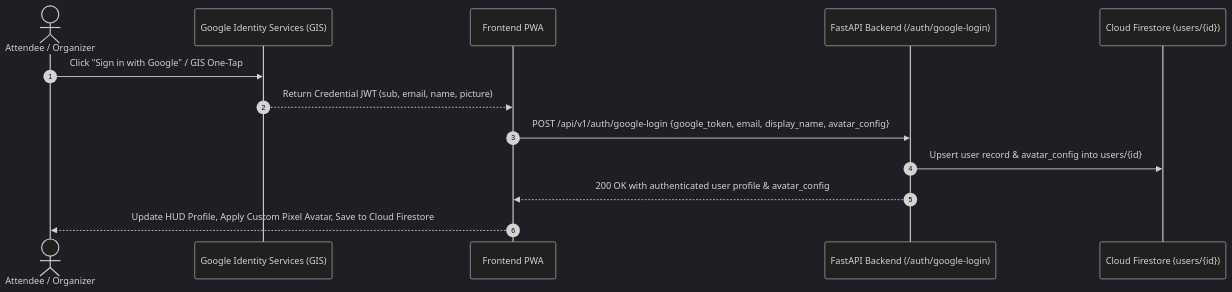
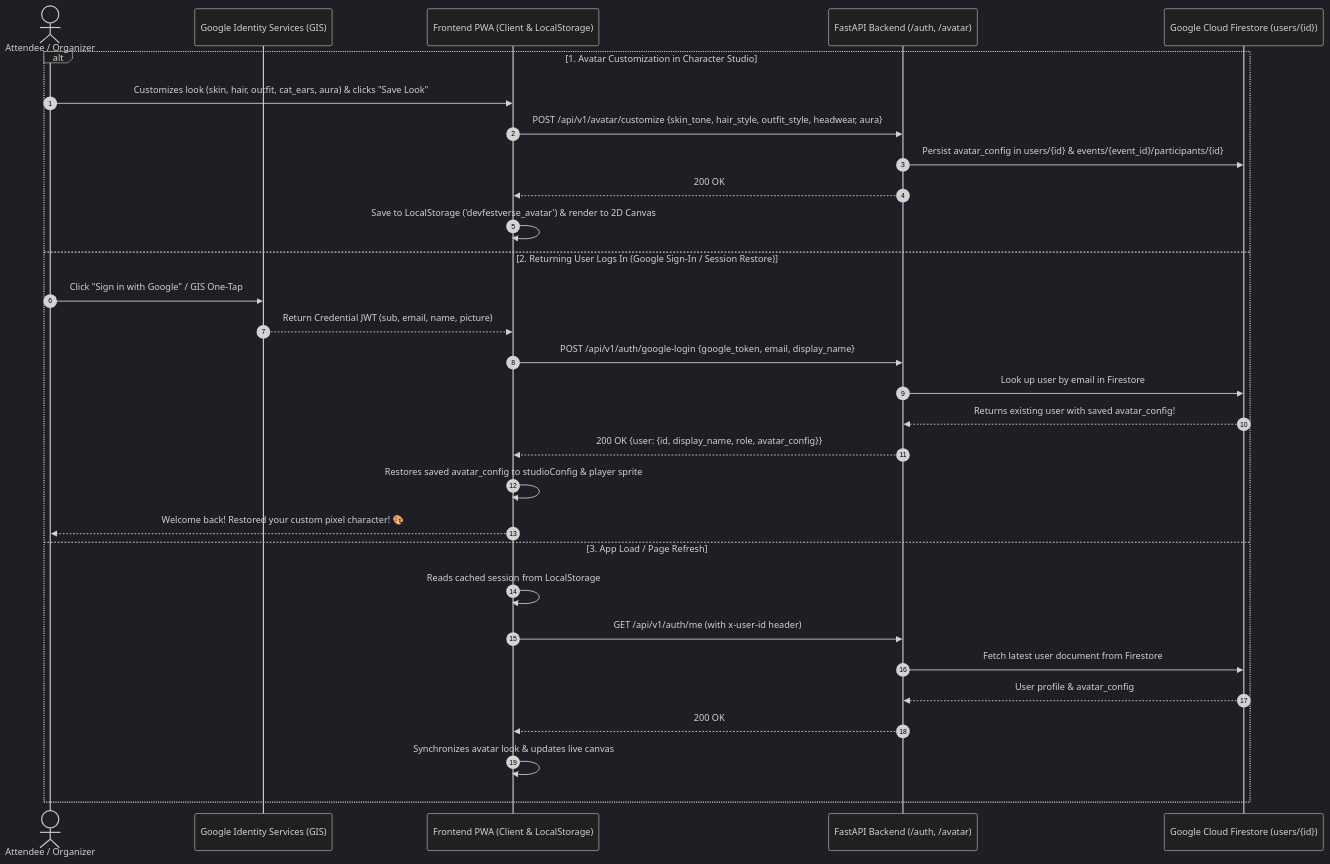
The ninth of 22 diagrams in architecture.md (fonylew/devfestverse), drawn with Mermaid (dark theme) before and after one commit. The commit also changed other lines of this file and 39 other files, not shown here.

Commit message:
feat: integrate Firestore for session

````diff
--- a/architecture.md
+++ b/architecture.md
@@ -312,16 +376,33 @@
 ```mermaid
 sequenceDiagram
     autonumber
     actor User as Attendee / Organizer
     participant GIS as Google Identity Services (GIS)
-    participant Client as Frontend PWA
-    participant API as FastAPI Backend (/auth/google-login)
-    participant FS as Cloud Firestore (users/{id})
+    participant Client as Frontend PWA (Client & LocalStorage)
+    participant API as FastAPI Backend (/auth, /avatar)
+    participant FS as Google Cloud Firestore (users/{id})
 
-    User->>GIS: Click "Sign in with Google" / GIS One-Tap
-    GIS-->>Client: Return Credential JWT (sub, email, name, picture)
-    Client->>API: POST /api/v1/auth/google-login {google_token, email, display_name, avatar_config}
-    API->>FS: Upsert user record & avatar_config into users/{id}
-    API-->>Client: 200 OK with authenticated user profile & avatar_config
-    Client-->>User: Update HUD Profile, Apply Custom Pixel Avatar, Save to Cloud Firestore
+    alt 1. Avatar Customization in Character Studio
+        User->>Client: Customizes look (skin, hair, outfit, cat_ears, aura) & clicks "Save Look"
+        Client->>API: POST /api/v1/avatar/customize {skin_tone, hair_style, outfit_style, headwear, aura}
+        API->>FS: Persist avatar_config in users/{id} & events/{event_id}/participants/{id}
+        API-->>Client: 200 OK
+        Client->>Client: Save to LocalStorage ('devfestverse_avatar') & render to 2D Canvas
+    else 2. Returning User Logs In (Google Sign-In / Session Restore)
+        User->>GIS: Click "Sign in with Google" / GIS One-Tap
+        GIS-->>Client: Return Credential JWT (sub, email, name, picture)
+        Client->>API: POST /api/v1/auth/google-login {google_token, email, display_name}
+        API->>FS: Look up user by email in Firestore
+        FS-->>API: Returns existing user with saved avatar_config!
+        API-->>Client: 200 OK {user: {id, display_name, role, avatar_config}}
+        Client->>Client: Restores saved avatar_config to studioConfig & player sprite
+        Client-->>User: Welcome back! Restored your custom pixel character! 🎨
+    else 3. App Load / Page Refresh
+        Client->>Client: Reads cached session from LocalStorage
+        Client->>API: GET /api/v1/auth/me (with x-user-id header)
+        API->>FS: Fetch latest user document from Firestore
+        FS-->>API: User profile & avatar_config
+        API-->>Client: 200 OK
+        Client->>Client: Synchronizes avatar look & updates live canvas
+    end
 ```
````
